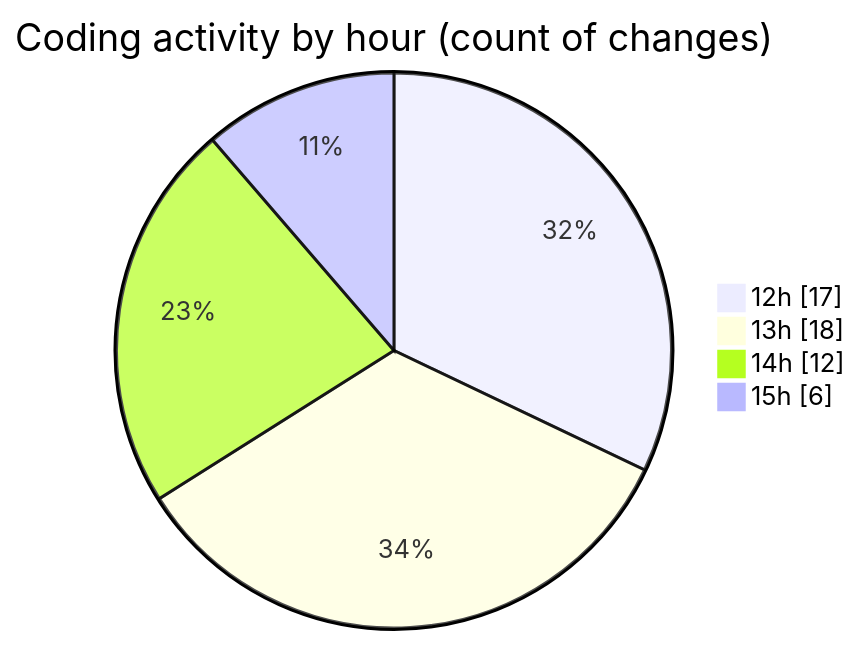
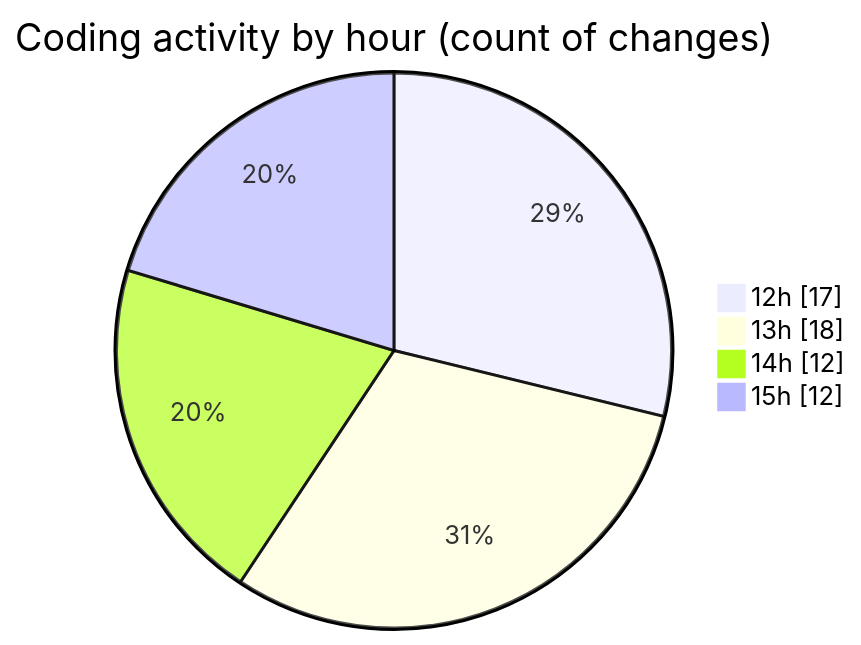
The second of 2 diagrams in 2025-06-01/video_app/README.md (CELIANVF/code-tracking), drawn with Mermaid before and after one commit. The commit also changed other lines of this file and 1 other file, not shown here.

````diff
--- a/2025-06-01/video_app/README.md
+++ b/2025-06-01/video_app/README.md
@@ -38,8 +38,8 @@
 ```mermaid
 pie showData
 title Coding activity by hour (count of changes)
 "12h" : 17
 "13h" : 18
 "14h" : 12
-"15h" : 6
+"15h" : 12
 ```
````
